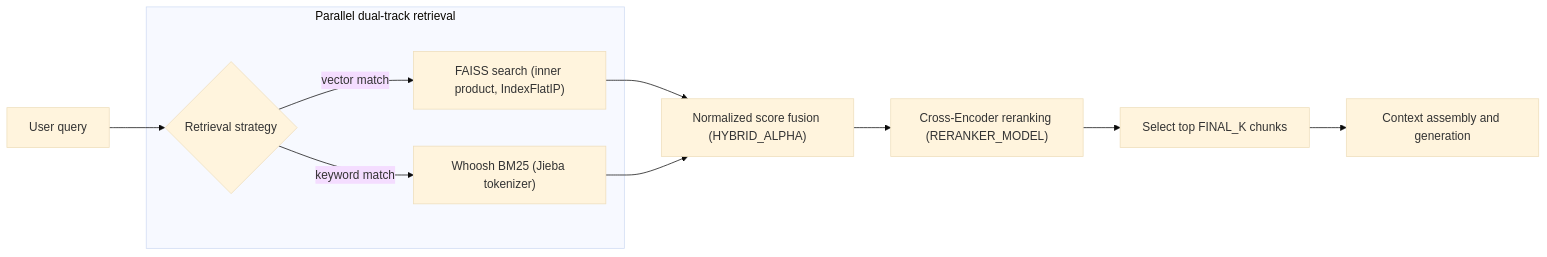
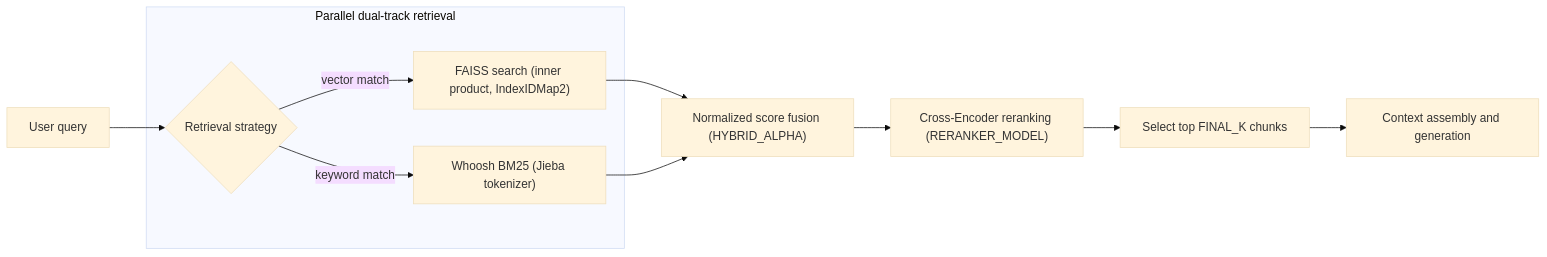
Before and after one commit to Scorpio-meow/AskMiao: the second of 6 diagrams in docs/architecture_en.md, drawn with Mermaid (base theme). The commit also changed other lines of this file and 42 other files, not shown here.

````diff
--- a/docs/architecture_en.md
+++ b/docs/architecture_en.md
@@ -87,16 +87,16 @@
 ```mermaid
 flowchart LR
     Query["User query"] --> Strategy{"Retrieval strategy"}
 
     subgraph ParallelRetrieval ["Parallel dual-track retrieval"]
-        Strategy -->|vector match| FAISS["FAISS search (inner product, IndexFlatIP)"]
+        Strategy -->|vector match| FAISS["FAISS search (inner product, IndexIDMap2)"]
         Strategy -->|keyword match| BM25["Whoosh BM25 (Jieba tokenizer)"]
     end
 
     FAISS --> Merge["Normalized score fusion (HYBRID_ALPHA)"]
     BM25 --> Merge
 
     Merge --> Reranker["Cross-Encoder reranking (RERANKER_MODEL)"]
     Reranker --> TopK["Select top FINAL_K chunks"]
     TopK --> LLM["Context assembly and generation"]
 ```
````
